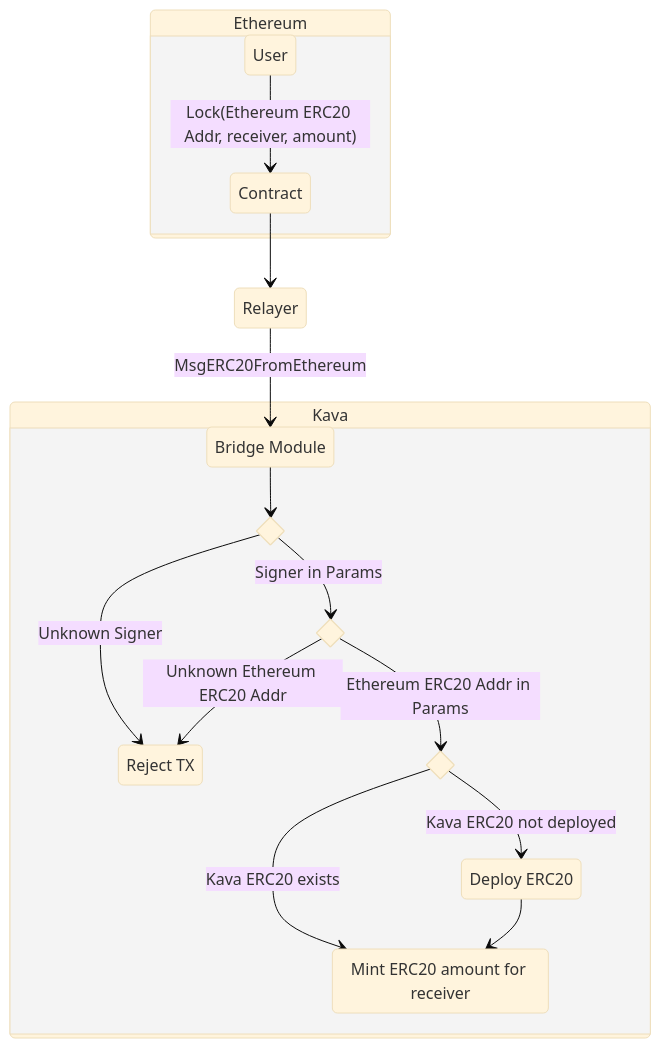
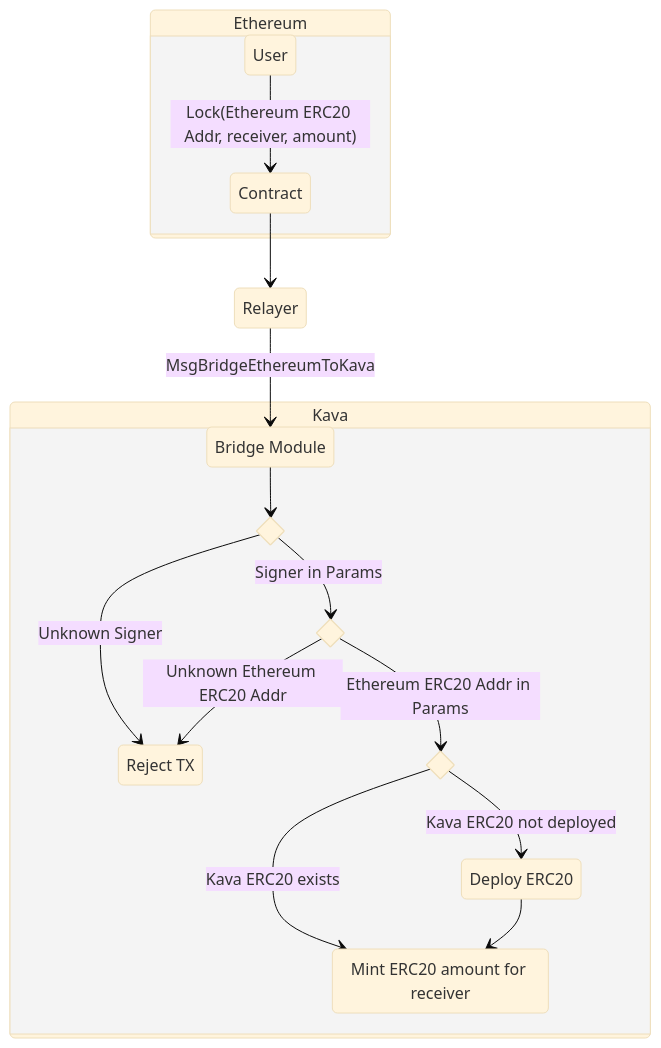
Before and after one commit to Kava-Labs/kava-bridge: the diagram in x/bridge/spec/01_concepts.md, drawn with Mermaid (base theme). The commit also changed other lines of this file and 18 other files, not shown here.

````diff
--- a/x/bridge/spec/01_concepts.md
+++ b/x/bridge/spec/01_concepts.md
@@ -44,32 +44,32 @@
 ```mermaid
 stateDiagram-v2
     state Ethereum {
         User --> Contract: Lock(Ethereum ERC20 Addr, receiver, amount)
     }
     
     Contract --> Relayer
-    Relayer --> BridgeModule: MsgERC20FromEthereum
+    Relayer --> BridgeModule: MsgBridgeEthereumToKava
 
     state Kava {
         Reject: Reject TX
         BridgeModule: Bridge Module
 
         state if_has_permission <<choice>>
         state if_erc20_deployed <<choice>>
         state if_erc20_enabled <<choice>>
 
         BridgeModule --> if_has_permission
         if_has_permission --> Reject: Unknown Signer
         if_has_permission --> if_erc20_enabled: Signer in Params
 
         if_erc20_enabled --> Reject: Unknown Ethereum ERC20 Addr
         if_erc20_enabled --> if_erc20_deployed: Ethereum ERC20 Addr in Params
 
         DeployERC20: Deploy ERC20
         MintERC20: Mint ERC20 amount for receiver
         if_erc20_deployed --> DeployERC20: Kava ERC20 not deployed
         if_erc20_deployed --> MintERC20: Kava ERC20 exists
         DeployERC20 --> MintERC20
     }
 
 ```
````
